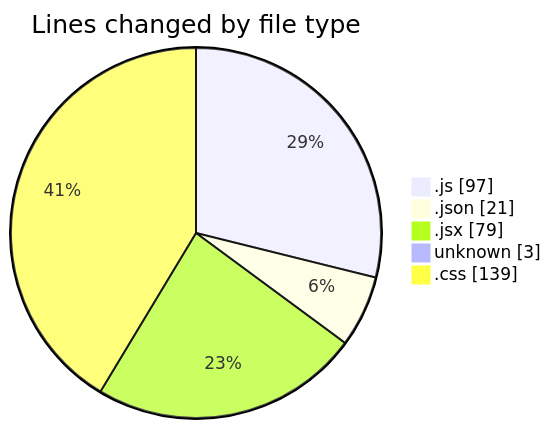
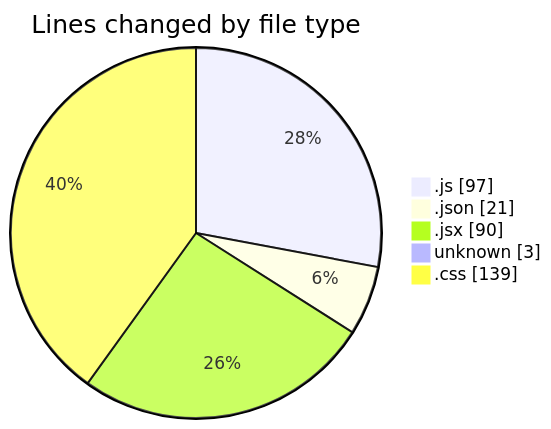
The first of 2 diagrams in 2025-06-03/realtimechat/README.md (Ritupan-Deka/code-tracking), drawn with Mermaid before and after one commit. The commit also changed other lines of this file and 1 other file, not shown here.

````diff
--- a/2025-06-03/realtimechat/README.md
+++ b/2025-06-03/realtimechat/README.md
@@ -25,9 +25,9 @@
 ```mermaid
 pie showData
 title Lines changed by file type
 ".js" : 97
 ".json" : 21
-".jsx" : 79
+".jsx" : 90
 "unknown" : 3
 ".css" : 139
 ```
````
